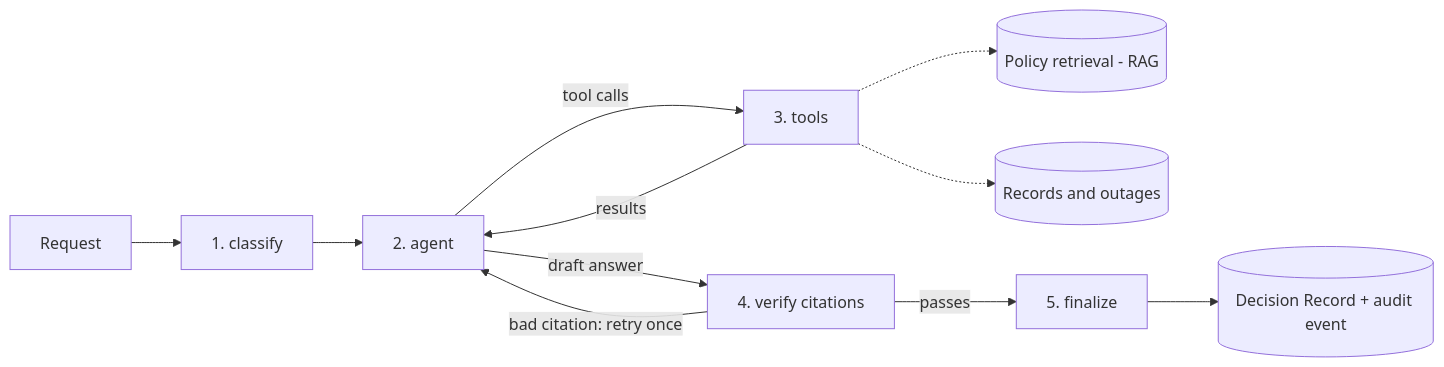
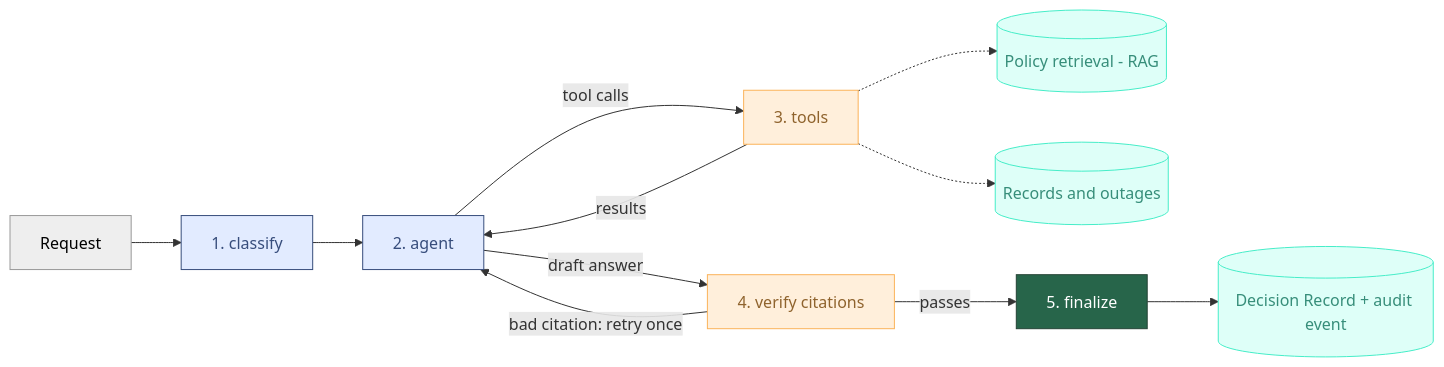
One commit to mgetech/internal-support-agent changed the diagram in README.md. Above: the diagram before and after it, drawn with Mermaid. The commit also changed 1 other file, not shown here.

Commit message:
docs: updating flowchart

````diff
--- a/README.md
+++ b/README.md
@@ -17,13 +17,28 @@
 ```mermaid
 flowchart LR
     A["Request"] --> B["1. classify"]
     B --> C["2. agent"]
-    C -->|tool calls| T["3. tools"]
-    T -->|results| C
-    T -.-> K[("Policy retrieval - RAG")]
-    T -.-> H[("Records and outages")]
-    C -->|draft answer| V["4. verify citations"]
-    V -->|"bad citation: retry once"| C
-    V -->|passes| F["5. finalize"]
+    C -- tool calls --> T["3. tools"]
+    T -- results --> C
+    T -.-> K[("Policy retrieval - RAG")] & H[("Records and outages")]
+    C -- draft answer --> V["4. verify citations"]
+    V -- bad citation: retry once --> C
+    V -- passes --> F["5. finalize"]
     F --> D[("Decision Record + audit event")]
+
+     A:::Ash
+     B:::Sky
+     C:::Sky
+     T:::Peach
+     K:::Aqua
+     H:::Aqua
+     V:::Peach
+     F:::Pine
+     D:::Aqua
+    classDef Aqua stroke-width:1px, stroke-dasharray:none, stroke:#46EDC8, fill:#DEFFF8, color:#378E7A
+    classDef Sky stroke-width:1px, stroke-dasharray:none, stroke:#374D7C, fill:#E2EBFF, color:#374D7C
+    classDef Rose stroke-width:1px, stroke-dasharray:none, stroke:#FF5978, fill:#FFDFE5, color:#8E2236
+    classDef Pine stroke-width:1px, stroke-dasharray:none, stroke:#254336, fill:#27654A, color:#FFFFFF
+    classDef Peach stroke-width:1px, stroke-dasharray:none, stroke:#FBB35A, fill:#FFEFDB, color:#8F632D
+    classDef Ash stroke-width:1px, stroke-dasharray:none, stroke:#999999, fill:#EEEEEE, color:#000000
 ```
````
